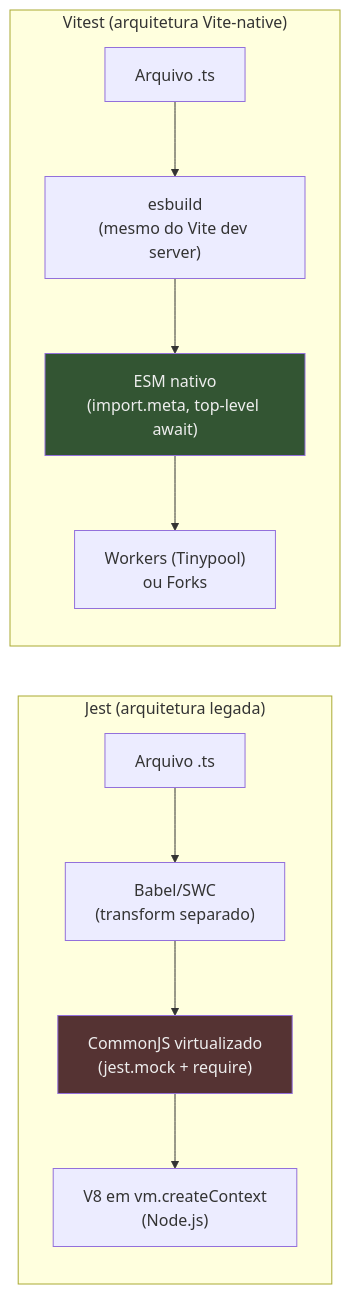
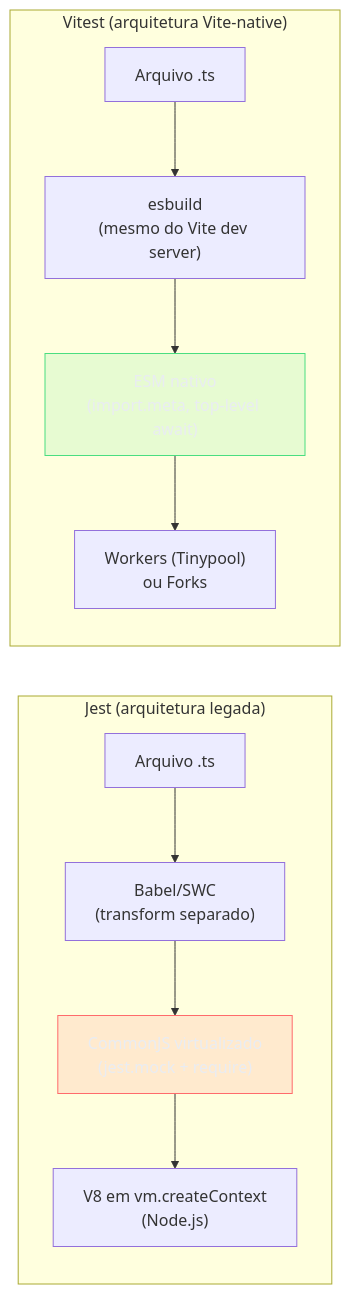
The third of 5 diagrams in 03-Dominios/Tecnologia/Tooling e Build/19 - Test runner nativo (node-test) e o cenário de testes.md (josenaldo/codex-technomanticus), drawn with Mermaid before and after one commit. The commit also changed other lines of this file and 1181 other files, not shown here.

First line of the commit message:
fix(diagramas): paleta do sistema no lugar de cor cravada no markdown

````diff
--- a/03-Dominios/Tecnologia/Tooling e Build/19 - Test runner nativo (node-test) e o cenário de testes.md
+++ b/03-Dominios/Tecnologia/Tooling e Build/19 - Test runner nativo (node-test) e o cenário de testes.md
@@ -330,21 +333,23 @@
 ```mermaid
 graph LR
+    classDef falha fill:#FF6B6B24,stroke:#FF6B6B,color:#E9ECF2
+    classDef ok fill:#4ADE8021,stroke:#4ADE80,color:#E9ECF2
     subgraph "Jest (arquitetura legada)"
         JF["Arquivo .ts"]
         JB["Babel/SWC\n(transform separado)"]
         JCJ["CommonJS virtualizado\n(jest.mock + require)"]
         JV8["V8 em vm.createContext\n(Node.js)"]
         JF --> JB --> JCJ --> JV8
     end
 
     subgraph "Vitest (arquitetura Vite-native)"
         VF["Arquivo .ts"]
         VE["esbuild\n(mesmo do Vite dev server)"]
         VESM["ESM nativo\n(import.meta, top-level await)"]
         VW["Workers (Tinypool)\nou Forks"]
         VF --> VE --> VESM --> VW
     end
 
-    style JCJ fill:#553333,color:#eee
-    style VESM fill:#335533,color:#eee
+    class JCJ falha
+    class VESM ok
 ```
````
